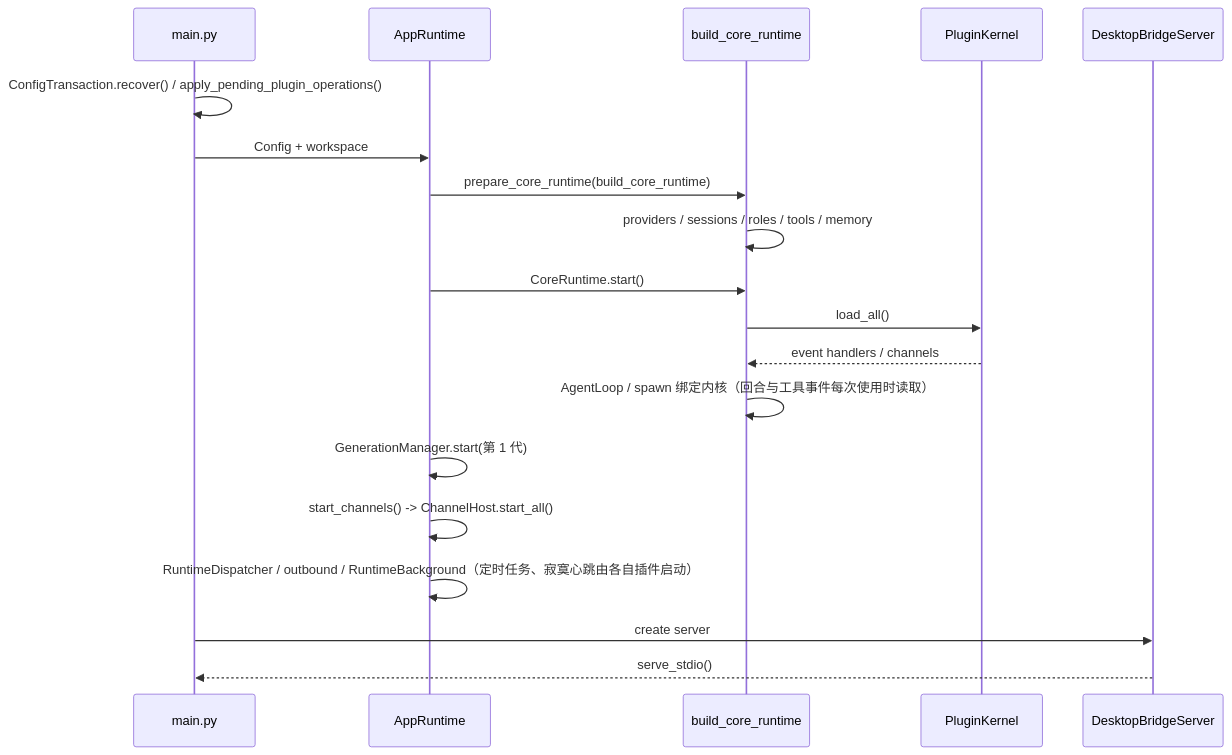
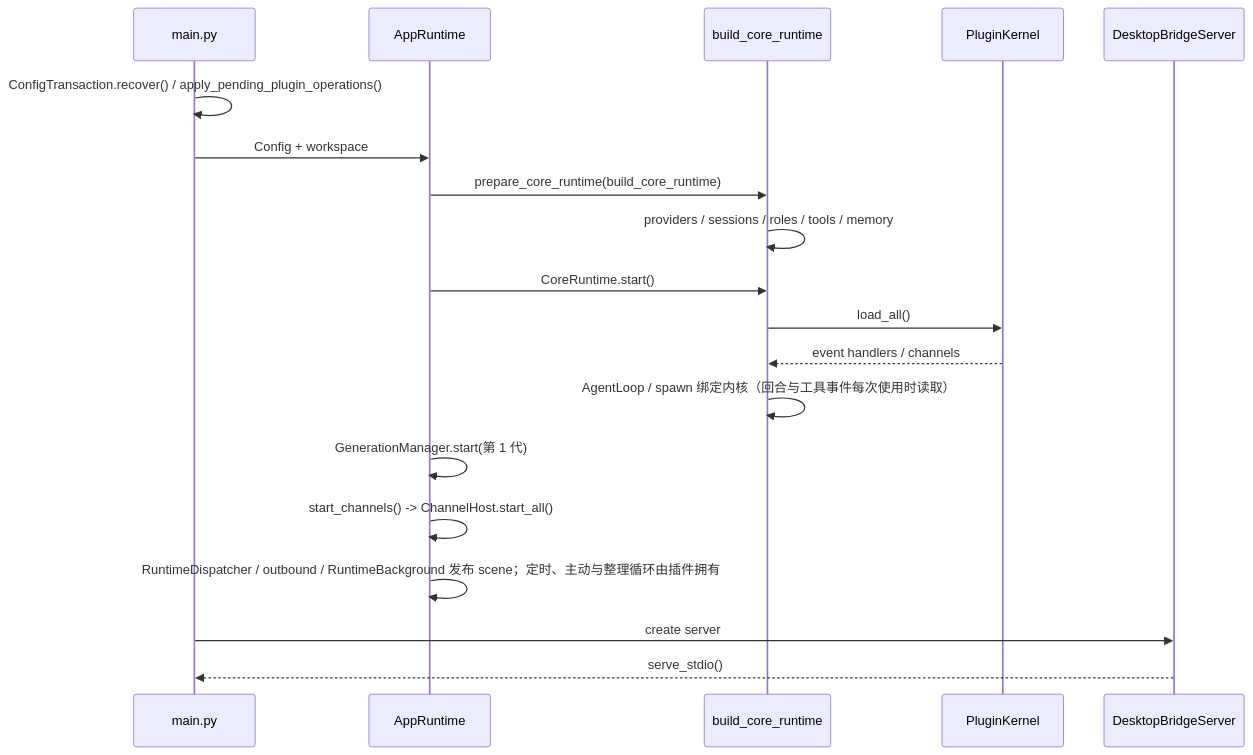
Before and after one commit to YinFengWindy/Shiori-Agent: the first of 2 diagrams in docs/knowledge/flows/startup-and-shutdown.md, drawn with Mermaid. The commit also changed other lines of this file and 6 other files, not shown here.

````diff
--- a/docs/knowledge/flows/startup-and-shutdown.md
+++ b/docs/knowledge/flows/startup-and-shutdown.md
@@ -23,21 +23,21 @@
 ```mermaid
 sequenceDiagram
   participant Main as main.py
   participant App as AppRuntime
   participant Core as build_core_runtime
   participant Plugin as PluginKernel
   participant Bridge as DesktopBridgeServer
   Main->>Main: ConfigTransaction.recover() / apply_pending_plugin_operations()
   Main->>App: Config + workspace
   App->>Core: prepare_core_runtime(build_core_runtime)
   Core->>Core: providers / sessions / roles / tools / memory
   App->>Core: CoreRuntime.start()
   Core->>Plugin: load_all()
   Plugin-->>Core: event handlers / channels
   Core->>Core: AgentLoop / spawn 绑定内核（回合与工具事件每次使用时读取）
   App->>App: GenerationManager.start(第 1 代)
   App->>App: start_channels() -> ChannelHost.start_all()
-  App->>App: RuntimeDispatcher / outbound / RuntimeBackground（定时任务、寂寞心跳由各自插件启动）
+  App->>App: RuntimeDispatcher / outbound / RuntimeBackground 发布 scene；定时、主动与整理循环由插件拥有
   Main->>Bridge: create server
   Bridge-->>Main: serve_stdio()
 ```
````
